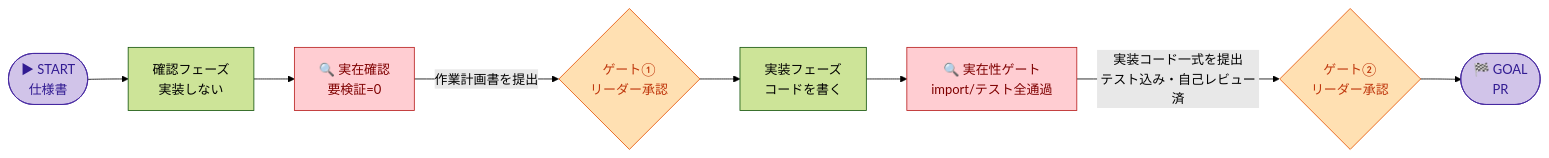
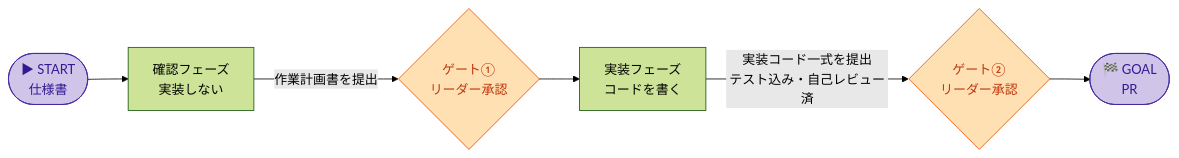
Before and after one commit to kurosawa-kuro/copilot-workflow: the first of 2 diagrams in docs/workflow-guide.md, drawn with Mermaid (forest theme). The commit also changed other lines of this file and 2 other files, not shown here.

````diff
--- a/docs/workflow-guide.md
+++ b/docs/workflow-guide.md
@@ -21,17 +21,13 @@
 ```mermaid
 flowchart LR
     S([▶ START<br/>仕様書]) --> P1[確認フェーズ<br/>実装しない]
-    P1 --> V1[🔍 実在確認<br/>要検証=0]
-    V1 -- 作業計画書を提出 --> G1{ゲート①<br/>リーダー承認}
+    P1 -- 作業計画書を提出 --> G1{ゲート①<br/>リーダー承認}
     G1 --> P2[実装フェーズ<br/>コードを書く]
-    P2 --> V2[🔍 実在性ゲート<br/>import/テスト全通過]
-    V2 -- 実装コード一式を提出<br/>テスト込み・自己レビュー済 --> G2{ゲート②<br/>リーダー承認}
+    P2 -- 実装コード一式を提出<br/>テスト込み・自己レビュー済 --> G2{ゲート②<br/>リーダー承認}
     G2 --> G([🏁 GOAL<br/>PR])
 
     classDef startend fill:#d1c4e9,stroke:#4527a0,color:#311b92;
     classDef leader fill:#ffe0b2,stroke:#e65100,color:#bf360c;
-    classDef ground fill:#ffcdd2,stroke:#b71c1c,color:#7f0000;
     class S,G startend;
     class G1,G2 leader;
-    class V1,V2 ground;
 ```
````
